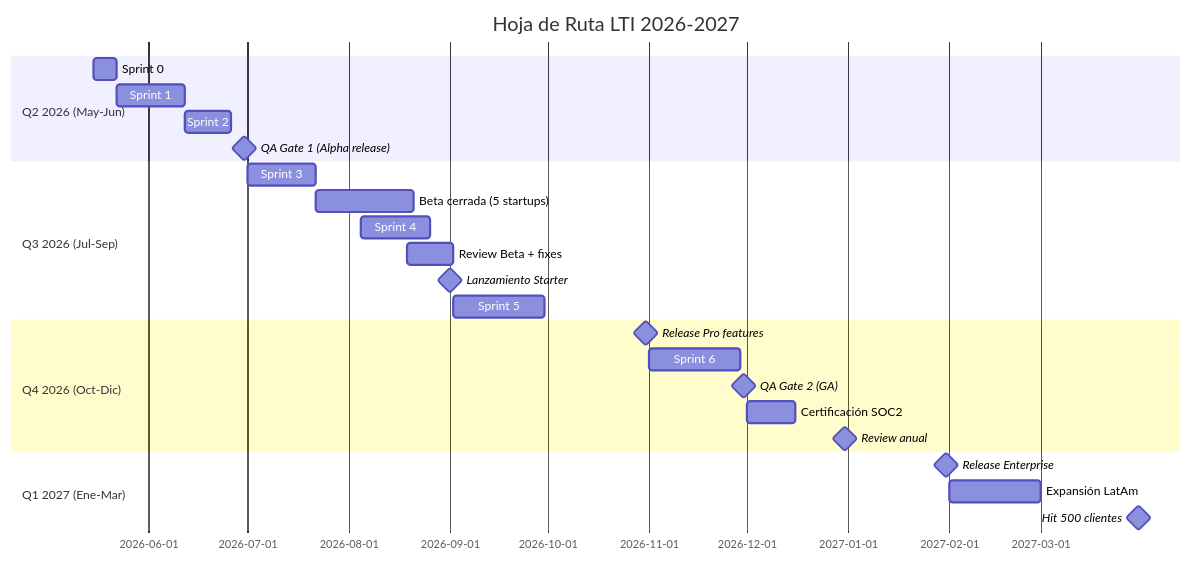
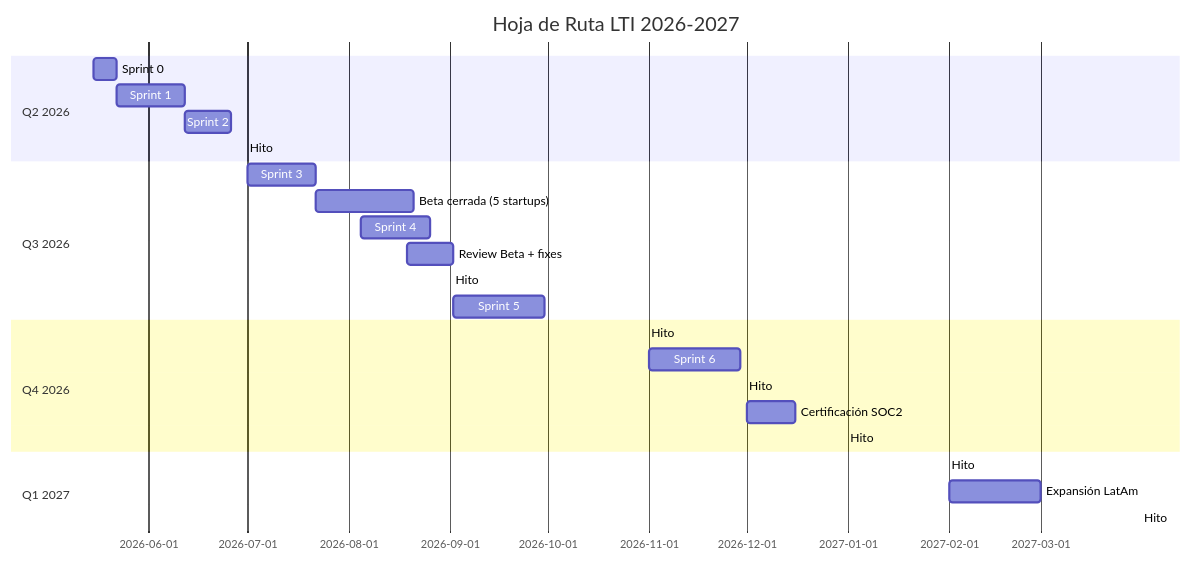
Diagram 12 of 12 in LTI_NAR.md (jialvarez/AI4Devs-design-1-2026-03_srII), drawn with Mermaid before and after one commit. The commit also changed other lines of this file, not shown here.

````diff
--- a/LTI_NAR.md
+++ b/LTI_NAR.md
@@ -265,30 +468,31 @@
 ```mermaid
 gantt
     title Hoja de Ruta LTI 2026-2027
     dateFormat YYYY-MM-DD
-    section Q2 2026 (May-Jun)
+    
+    section Q2 2026
     Sprint 0: Setup infraestructura :done, 2026-05-15, 7d
     Sprint 1: Core parsing + matching :active, 2026-05-22, 21d
     Sprint 2: Kanban + pipeline visual :2026-06-12, 14d
-    QA Gate 1 (Alpha release) :milestone, 2026-06-30, 0d
+    Hito: QA Gate 1 (Alpha) :milestone, 2026-06-30, 0d
     
-    section Q3 2026 (Jul-Sep)
-    Sprint 3: APIs externas + scheduling :2026-07-01, 21d
+    section Q3 2026
+    Sprint 3: APIs externas :2026-07-01, 21d
     Beta cerrada (5 startups) :2026-07-22, 30d
     Sprint 4: Colaboración real-time :2026-08-05, 21d
     Review Beta + fixes :2026-08-19, 14d
-    Lanzamiento Starter :milestone, 2026-09-01, 0d
+    Hito: Lanzamiento Starter :milestone, 2026-09-01, 0d
     Sprint 5: Analytics + predictivo :2026-09-02, 28d
     
-    section Q4 2026 (Oct-Dic)
-    Release Pro features :milestone, 2026-10-31, 0d
-    Sprint 6: Escalabilidad + performance :2026-11-01, 28d
-    QA Gate 2 (GA) :milestone, 2026-11-30, 0d
+    section Q4 2026
+    Hito: Release Pro :milestone, 2026-10-31, 0d
+    Sprint 6: Escalabilidad :2026-11-01, 28d
+    Hito: QA Gate 2 (GA) :milestone, 2026-11-30, 0d
     Certificación SOC2 :2026-12-01, 15d
-    Review anual :milestone, 2026-12-31, 0d
+    Hito: Review Anual :milestone, 2026-12-31, 0d
     
-    section Q1 2027 (Ene-Mar)
-    Release Enterprise :milestone, 2027-01-31, 0d
+    section Q1 2027
+    Hito: Release Enterprise :milestone, 2027-01-31, 0d
     Expansión LatAm :2027-02-01, 28d
-    Hit 500 clientes :milestone, 2027-03-31, 0d
+    Hito: 500 clientes :milestone, 2027-03-31, 0d
 ```
````
